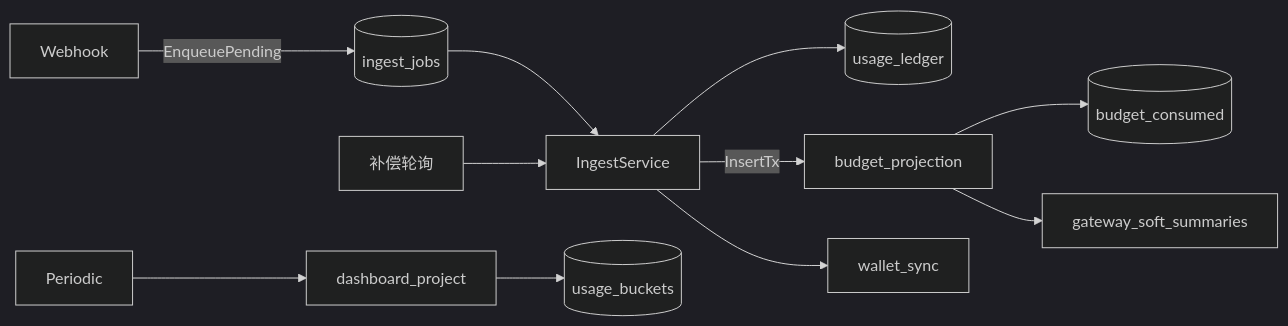
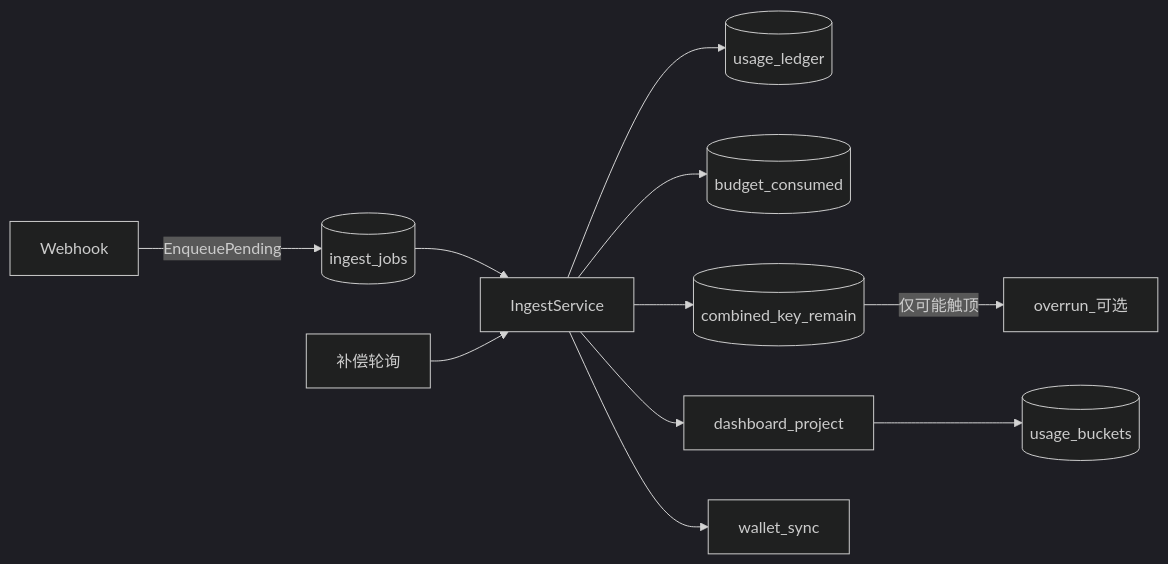
One commit to quyip8818/mytokenjoy changed the third of 10 diagrams in docs/Backend-预算.md. Above: the diagram before and after it, drawn with Mermaid (dark theme). The commit also changed other lines of this file and 99 other files, not shown here.

````diff
--- a/docs/Backend-预算.md
+++ b/docs/Backend-预算.md
@@ -101,12 +105,13 @@
 ```mermaid
 flowchart LR
   WH[Webhook] -->|EnqueuePending| Q[(ingest_jobs)]
   Q --> ING[IngestService]
   COMP[补偿轮询] --> ING
   ING --> UL[(usage_ledger)]
-  ING -->|InsertTx| BP[budget_projection]
-  BP --> BC[(budget_consumed)]
-  BP --> GS[gateway_soft_summaries]
-  PER[Periodic] --> DP[dashboard_project] --> UB[(usage_buckets)]
+  ING --> BC[(budget_consumed)]
+  ING --> CK[(combined_key_remain)]
+  ING --> DP[dashboard_project]
   ING --> WS[wallet_sync]
+  DP --> UB[(usage_buckets)]
+  CK -->|仅可能触顶| OV[overrun_可选]
 ```
````
